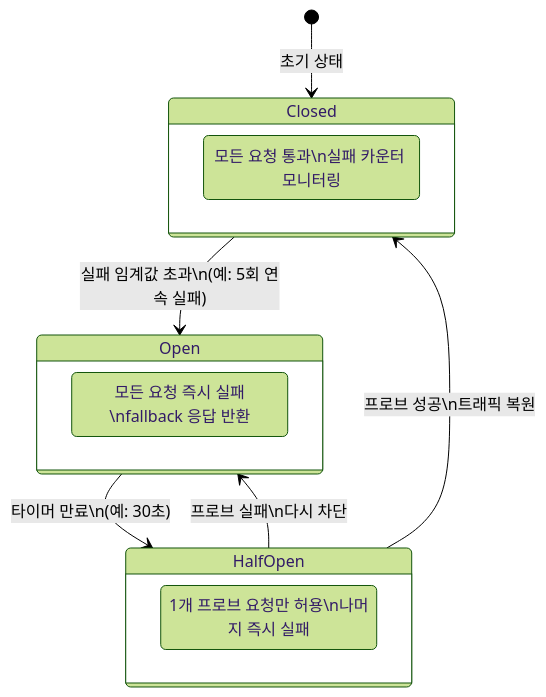
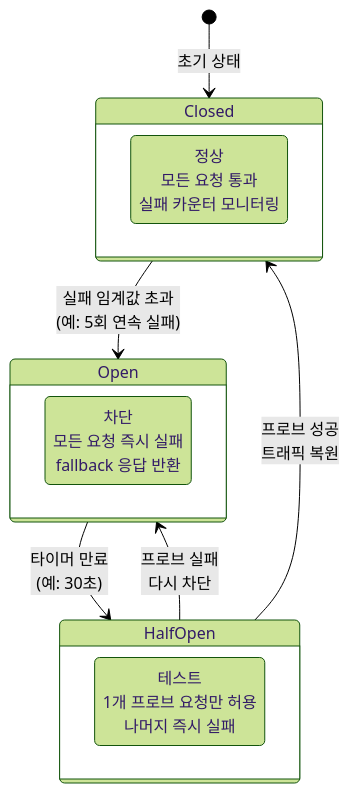
Diagram 24 of 24 in content/docs/books/cs-reference/ko/microservices-internals.md (choisimo/document), drawn with Mermaid (forest theme) before and after one commit. The commit also changed other lines of this file and 432 other files, not shown here.

````diff
--- a/content/docs/books/cs-reference/ko/microservices-internals.md
+++ b/content/docs/books/cs-reference/ko/microservices-internals.md
@@ -652,18 +651,18 @@
 ```mermaid
 stateDiagram-v2
     [*] --> Closed: 초기 상태
-    Closed --> Open: 실패 임계값 초과\n(예: 5회 연속 실패)
-    Open --> HalfOpen: 타이머 만료\n(예: 30초)
-    HalfOpen --> Closed: 프로브 성공\n트래픽 복원
-    HalfOpen --> Open: 프로브 실패\n다시 차단
+    Closed --> Open: 실패 임계값 초과<br/>(예#58; 5회 연속 실패)
+    Open --> HalfOpen: 타이머 만료<br/>(예#58; 30초)
+    HalfOpen --> Closed: 프로브 성공<br/>트래픽 복원
+    HalfOpen --> Open: 프로브 실패<br/>다시 차단
 
     state Closed {
-        [정상] : 모든 요청 통과\n실패 카운터 모니터링
+        state "정상<br/>모든 요청 통과<br/>실패 카운터 모니터링" as ClosedStatus
     }
     state Open {
-        [차단] : 모든 요청 즉시 실패\nfallback 응답 반환
+        state "차단<br/>모든 요청 즉시 실패<br/>fallback 응답 반환" as OpenStatus
     }
     state HalfOpen {
-        [테스트] : 1개 프로브 요청만 허용\n나머지 즉시 실패
+        state "테스트<br/>1개 프로브 요청만 허용<br/>나머지 즉시 실패" as ProbeStatus
     }
 ```
````
